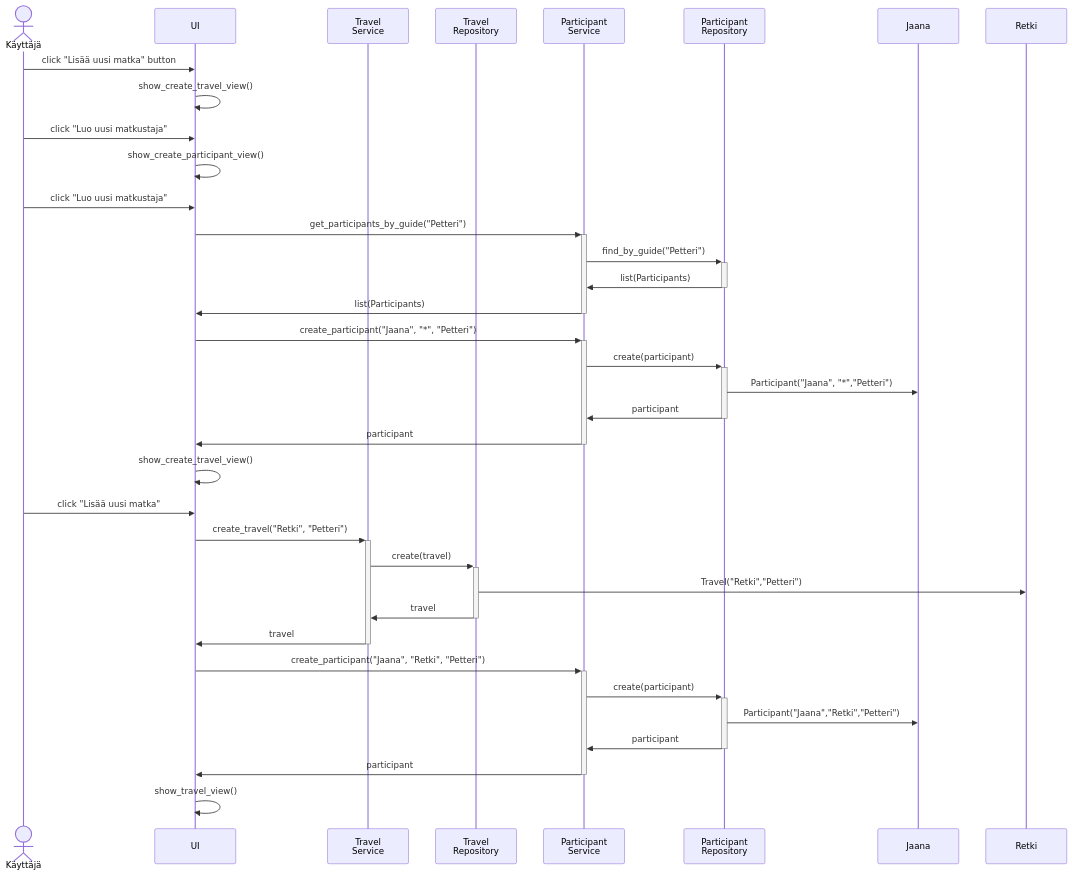
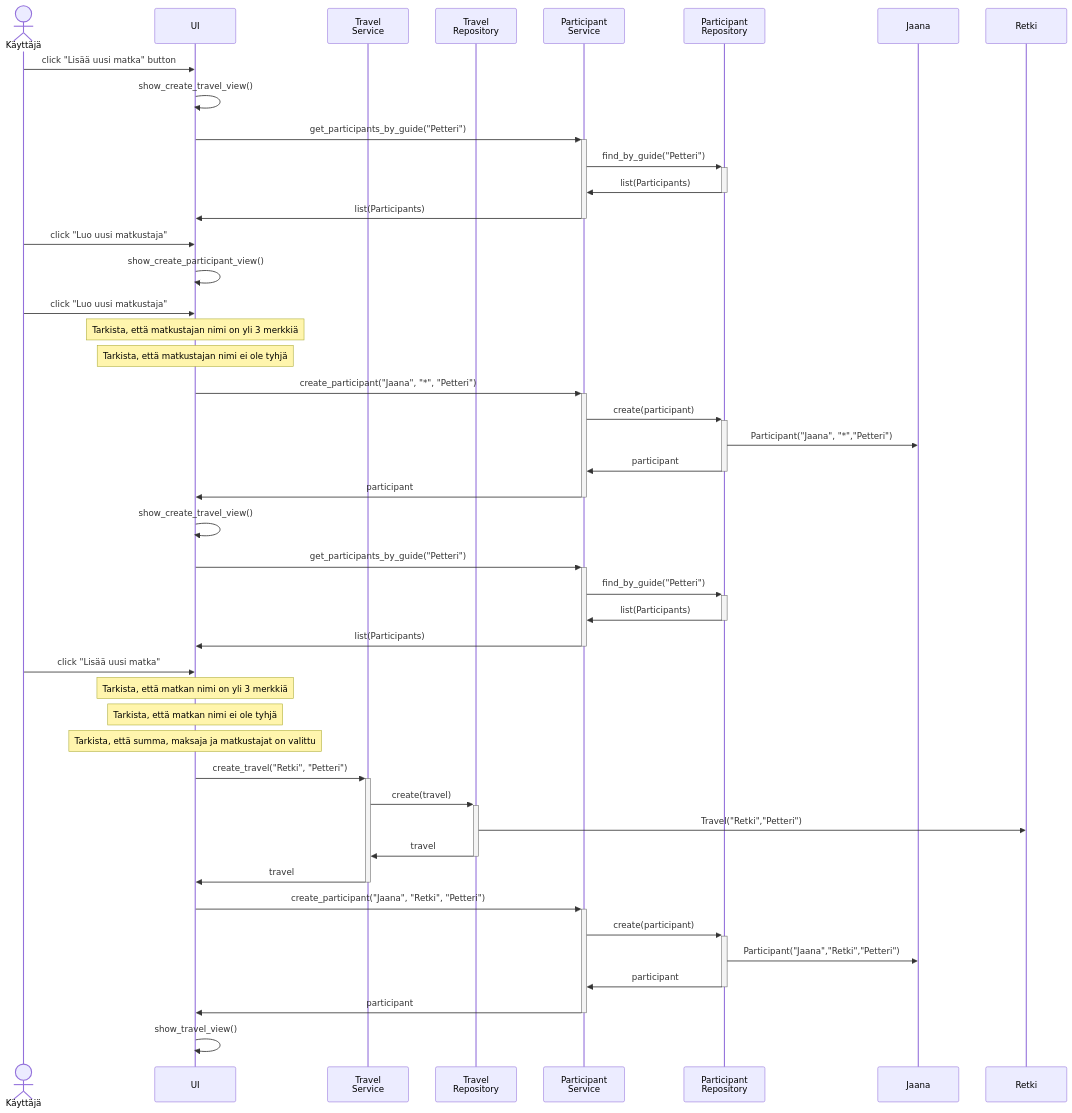
The third of 4 diagrams in travel-expense-calculator-app/dokumentaatio/arkkitehtuuri.md (phuvio/ot-harjoitustyo), drawn with Mermaid before and after one commit. The commit also changed other lines of this file, not shown here.

````diff
--- a/travel-expense-calculator-app/dokumentaatio/arkkitehtuuri.md
+++ b/travel-expense-calculator-app/dokumentaatio/arkkitehtuuri.md
@@ -114,39 +115,48 @@
 ```mermaid
  sequenceDiagram
    Actor K as Käyttäjä
    participant U as UI
    participant T as Travel <br> Service
    participant TR as Travel <br> Repository
    participant P as Participant <br> Service
    participant PR as Participant <br> Repository
    participant J as Jaana
    participant M as Retki
    K->>U: click "Lisää uusi matka" button
    U->>U: show_create_travel_view()
-   K->>U: click "Luo uusi matkustaja"
-   U->>U: show_create_participant_view()
-   K->>U: click "Luo uusi matkustaja"
    U->>+P: get_participants_by_guide("Petteri")
    P->>+PR: find_by_guide("Petteri")
    PR->>-P: list(Participants)
    P->>-U: list(Participants)
+   K->>U: click "Luo uusi matkustaja"
+   U->>U: show_create_participant_view()
+   K->>U: click "Luo uusi matkustaja"
+   Note over U: Tarkista, että matkustajan nimi on yli 3 merkkiä
+   Note over U: Tarkista, että matkustajan nimi ei ole tyhjä
    U->>+P: create_participant("Jaana", "*", "Petteri")
    P->>+PR: create(participant)
    PR->>J: Participant("Jaana", "*","Petteri")
    PR->>-P: participant
    P->>-U: participant
    U->>U: show_create_travel_view()
+   U->>+P: get_participants_by_guide("Petteri")
+   P->>+PR: find_by_guide("Petteri")
+   PR->>-P: list(Participants)
+   P->>-U: list(Participants)
    K->>U: click "Lisää uusi matka"
+   Note over U: Tarkista, että matkan nimi on yli 3 merkkiä
+   Note over U: Tarkista, että matkan nimi ei ole tyhjä
+   Note over U: Tarkista, että summa, maksaja ja matkustajat on valittu
    U->>+T: create_travel("Retki", "Petteri")
    T->>+TR: create(travel)
    TR->>M: Travel("Retki","Petteri")
    TR->>-T: travel
    T->>-U: travel
    U->>+P: create_participant("Jaana", "Retki", "Petteri")
    P->>+PR: create(participant)
    PR->>J: Participant("Jaana","Retki","Petteri")
    PR->>-P: participant
    P->>-U: participant
    U->>U: show_travel_view()
 
 ```
````
